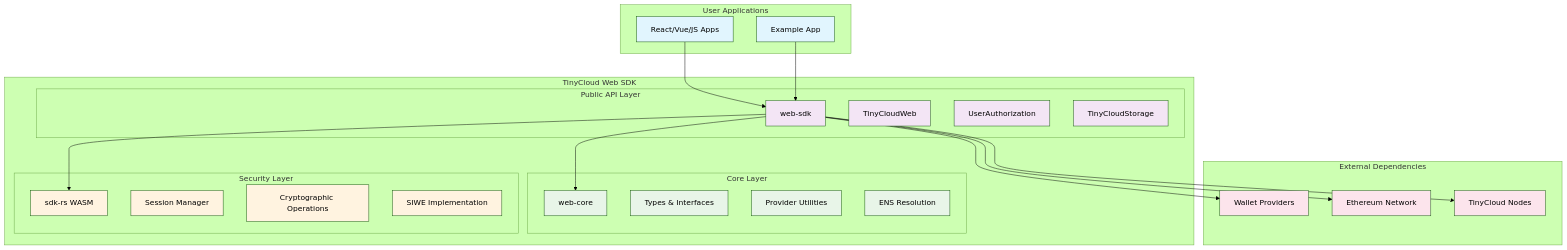
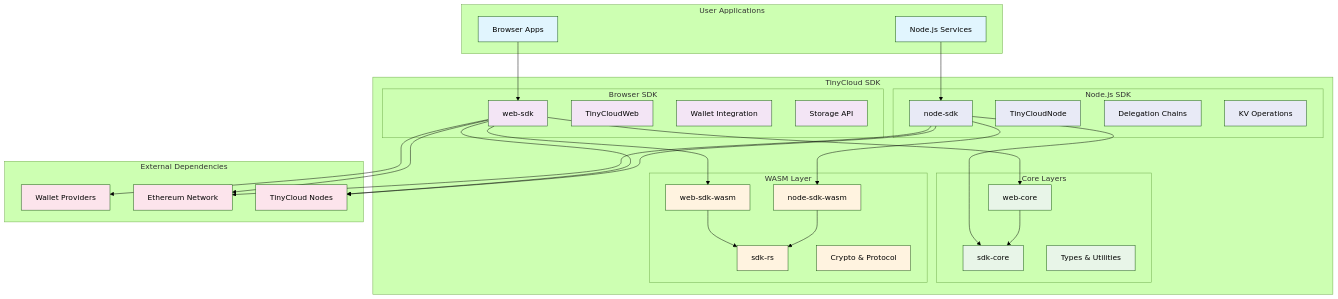
The first of 9 diagrams in architecture.md (TinyCloudLabs/web-sdk), drawn with Mermaid (forest theme) before and after one commit. The commit also changed other lines of this file and 8 other files, not shown here.

First line of the commit message:
feat(node-sdk)!: breaking API changes for delegation and namespace defaults

````diff
--- a/architecture.md
+++ b/architecture.md
@@ -11,56 +16,71 @@
 ```mermaid
 graph TB
     subgraph "User Applications"
-        A[React/Vue/JS Apps]
-        B[Example App]
+        A[Browser Apps]
+        B[Node.js Services]
     end
-    
-    subgraph "TinyCloud Web SDK"
-        subgraph "Public API Layer"
+
+    subgraph "TinyCloud SDK"
+        subgraph "Browser SDK"
             C[web-sdk]
             C1[TinyCloudWeb]
-            C2[UserAuthorization]
-            C3[TinyCloudStorage]
+            C2[Wallet Integration]
+            C3[Storage API]
         end
-        
-        subgraph "Core Layer"
+
+        subgraph "Node.js SDK"
+            N[node-sdk]
+            N1[TinyCloudNode]
+            N2[Delegation Chains]
+            N3[KV Operations]
+        end
+
+        subgraph "Core Layers"
             D[web-core]
-            D1[Types & Interfaces]
-            D2[Provider Utilities]
-            D3[ENS Resolution]
+            SC[sdk-core]
+            D1[Types & Utilities]
         end
-        
-        subgraph "Security Layer"
-            E["sdk-rs WASM"]
-            E1[Session Manager]
-            E2[Cryptographic Operations]
-            E3[SIWE Implementation]
+
+        subgraph "WASM Layer"
+            E[sdk-rs]
+            E1[web-sdk-wasm]
+            E2[node-sdk-wasm]
+            E3[Crypto & Protocol]
         end
     end
-    
+
     subgraph "External Dependencies"
         F[Wallet Providers]
         G[Ethereum Network]
         H[TinyCloud Nodes]
     end
-    
+
     A --> C
-    B --> C
+    B --> N
     C --> D
-    C --> E
+    C --> E1
+    N --> SC
+    N --> E2
+    D --> SC
     C --> F
     C --> G
     C --> H
-    
+    N --> G
+    N --> H
+    E1 --> E
+    E2 --> E
+
     classDef userApp fill:#e1f5fe
-    classDef publicAPI fill:#f3e5f5
+    classDef browserSDK fill:#f3e5f5
+    classDef nodeSDK fill:#e8eaf6
     classDef coreLayer fill:#e8f5e8
-    classDef securityLayer fill:#fff3e0
+    classDef wasmLayer fill:#fff3e0
     classDef external fill:#fce4ec
-    
+
     class A,B userApp
-    class C,C1,C2,C3 publicAPI
-    class D,D1,D2,D3 coreLayer
-    class E,E1,E2,E3 securityLayer
+    class C,C1,C2,C3 browserSDK
+    class N,N1,N2,N3 nodeSDK
+    class D,SC,D1 coreLayer
+    class E,E1,E2,E3 wasmLayer
     class F,G,H external
 ```
````
